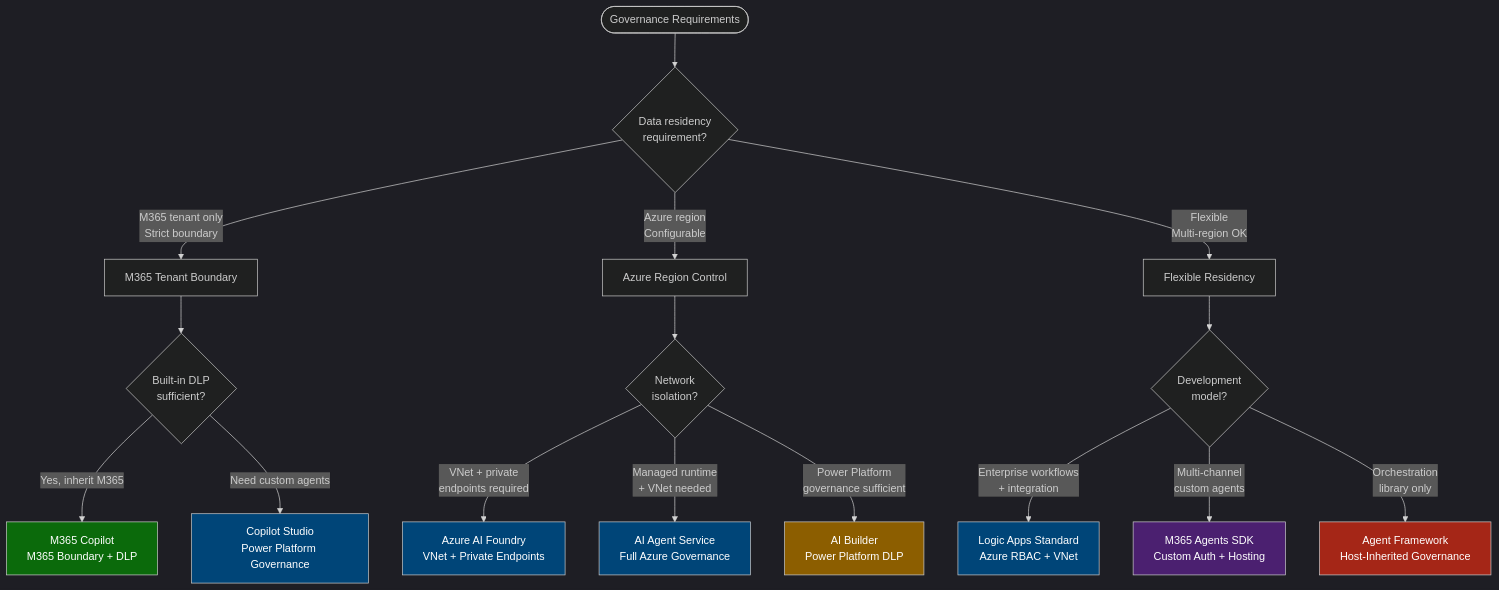
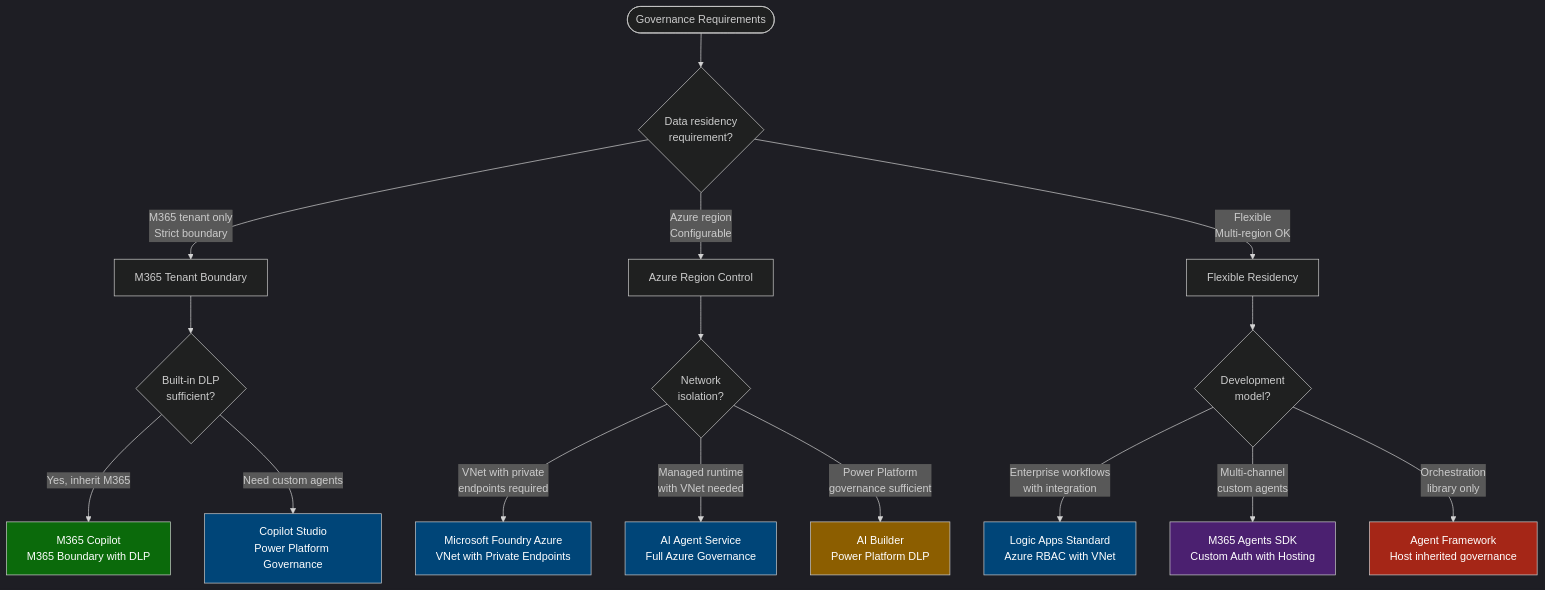
The sixth of 8 diagrams in docs/visual-framework.md (traya1/Microsoft-AI-Decision-Framework), drawn with Mermaid before and after one commit. The commit also changed other lines of this file and 20 other files, not shown here.

First line of the commit message:
Align docs and fix Mermaid diagram text (#19)

````diff
--- a/docs/visual-framework.md
+++ b/docs/visual-framework.md
@@ -586,32 +586,32 @@
 ```mermaid
 %%{init: {'theme':'dark'}}%%
 flowchart TD
     Start([Governance Requirements]) --> Q1{Data residency<br/>requirement?}
     
     Q1 -->|M365 tenant only<br/>Strict boundary| R1[M365 Tenant Boundary]
     Q1 -->|Azure region<br/>Configurable| R2[Azure Region Control]
     Q1 -->|Flexible<br/>Multi-region OK| R3[Flexible Residency]
     
     R1 --> Q2{Built-in DLP<br/>sufficient?}
-    Q2 -->|Yes, inherit M365| G1[M365 Copilot<br/>M365 Boundary + DLP]
+    Q2 -->|Yes, inherit M365| G1[M365 Copilot<br/>M365 Boundary with DLP]
     Q2 -->|Need custom agents| G2[Copilot Studio<br/>Power Platform Governance]
     
     R2 --> Q3{Network<br/>isolation?}
-    Q3 -->|VNet + private<br/>endpoints required| G3[Azure AI Foundry<br/>VNet + Private Endpoints]
-    Q3 -->|Managed runtime<br/>+ VNet needed| G4[AI Agent Service<br/>Full Azure Governance]
+    Q3 -->|VNet with private<br/>endpoints required| G3[Microsoft Foundry Azure<br/>VNet with Private Endpoints]
+    Q3 -->|Managed runtime<br/>with VNet needed| G4[AI Agent Service<br/>Full Azure Governance]
     Q3 -->|Power Platform<br/>governance sufficient| G5[AI Builder<br/>Power Platform DLP]
     
     R3 --> Q4{Development<br/>model?}
-    Q4 -->|Enterprise workflows<br/>+ integration| G6[Logic Apps Standard<br/>Azure RBAC + VNet]
-    Q4 -->|Multi-channel<br/>custom agents| G7[M365 Agents SDK<br/>Custom Auth + Hosting]
-    Q4 -->|Orchestration<br/>library only| G8[Agent Framework<br/>Host-Inherited Governance]
+    Q4 -->|Enterprise workflows<br/>with integration| G6[Logic Apps Standard<br/>Azure RBAC with VNet]
+    Q4 -->|Multi-channel<br/>custom agents| G7[M365 Agents SDK<br/>Custom Auth with Hosting]
+    Q4 -->|Orchestration<br/>library only| G8[Agent Framework<br/>Host inherited governance]
     
     style G1 fill:#0b6a0b,color:#fff
     style G2 fill:#004578,color:#fff
     style G3 fill:#004578,color:#fff
     style G4 fill:#004578,color:#fff
     style G5 fill:#8c5e00,color:#fff
     style G6 fill:#004578,color:#fff
     style G7 fill:#4b2070,color:#fff
     style G8 fill:#a52617,color:#fff
 ```
````
